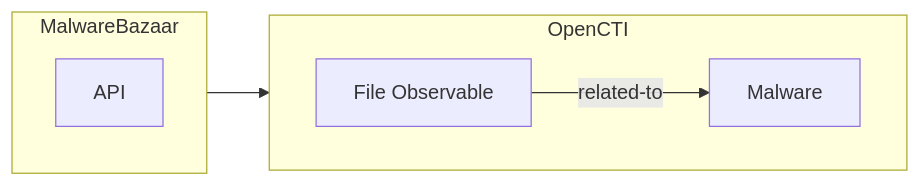
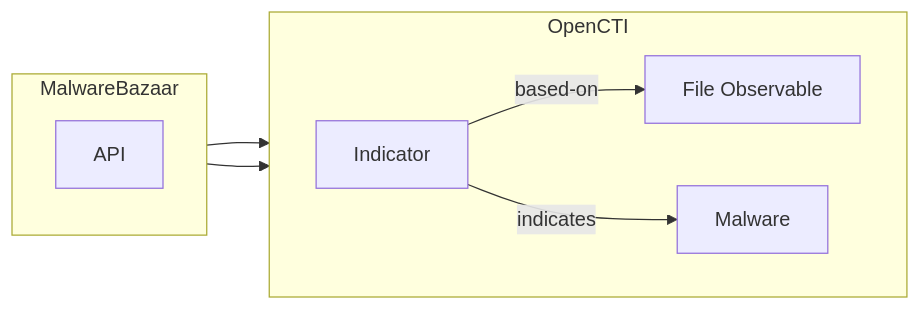
One commit to OpenCTI-Platform/connectors changed the diagram in external-import/malwarebazaar/README.md. Above: the diagram before and after it, drawn with Mermaid. The commit also changed other lines of this file and 2 other files, not shown here.

Commit message:
feat(malwarebazaar): create malware from signature and link it to indicator (#2044)

````diff
--- a/external-import/malwarebazaar/README.md
+++ b/external-import/malwarebazaar/README.md
@@ -117,16 +117,19 @@
 ```mermaid
 graph LR
     subgraph MalwareBazaar
         direction TB
         API[API]
     end
 
     subgraph OpenCTI
         direction LR
         File[File Observable]
+        Indicator[Indicator]
         Malware[Malware]
     end
 
     API --> File
-    File -- related-to --> Malware
+    API --> Indicator
+    Indicator -- based-on --> File
+    Indicator -- indicates --> Malware
 ```
````
